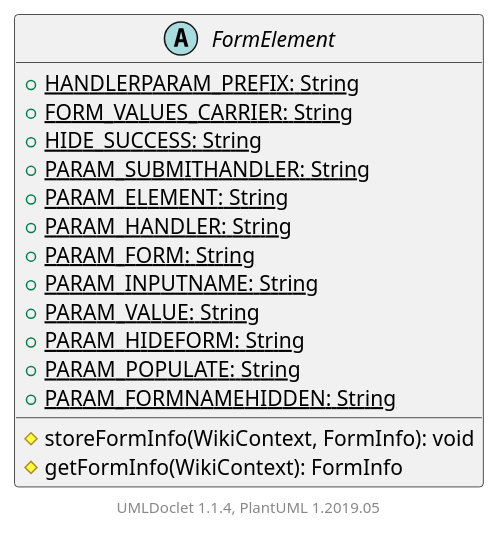
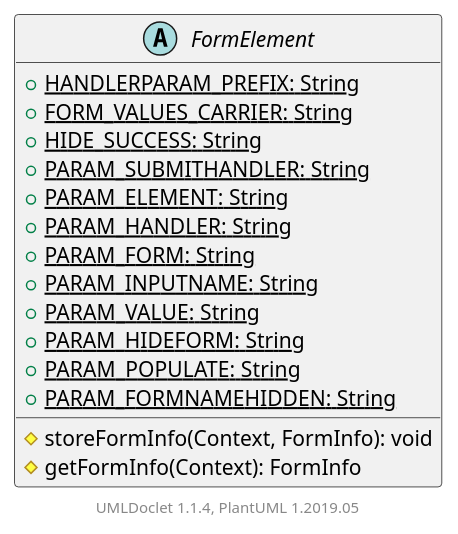
The diagram in apidocs/2.11.0.M7-SNAPSHOT/org/apache/wiki/forms/FormElement.puml (apache/jspwiki-site), drawn with PlantUML before and after one commit. The commit also changed 2126 other files, not shown here.

```diff
--- a/apidocs/2.11.0.M7-SNAPSHOT/org/apache/wiki/forms/FormElement.puml
+++ b/apidocs/2.11.0.M7-SNAPSHOT/org/apache/wiki/forms/FormElement.puml
@@ -1,22 +1,22 @@
 @startuml
 
     abstract class FormElement [[FormElement.html]] {
         {static} +HANDLERPARAM_PREFIX: String
         {static} +FORM_VALUES_CARRIER: String
         {static} +HIDE_SUCCESS: String
         {static} +PARAM_SUBMITHANDLER: String
         {static} +PARAM_ELEMENT: String
         {static} +PARAM_HANDLER: String
         {static} +PARAM_FORM: String
         {static} +PARAM_INPUTNAME: String
         {static} +PARAM_VALUE: String
         {static} +PARAM_HIDEFORM: String
         {static} +PARAM_POPULATE: String
         {static} +PARAM_FORMNAMEHIDDEN: String
-        #storeFormInfo(WikiContext, FormInfo): void
-        #getFormInfo(WikiContext): FormInfo
+        #storeFormInfo(Context, FormInfo): void
+        #getFormInfo(Context): FormInfo
     }
 
 
     center footer UMLDoclet 1.1.4, PlantUML 1.2019.05
 @enduml
```
